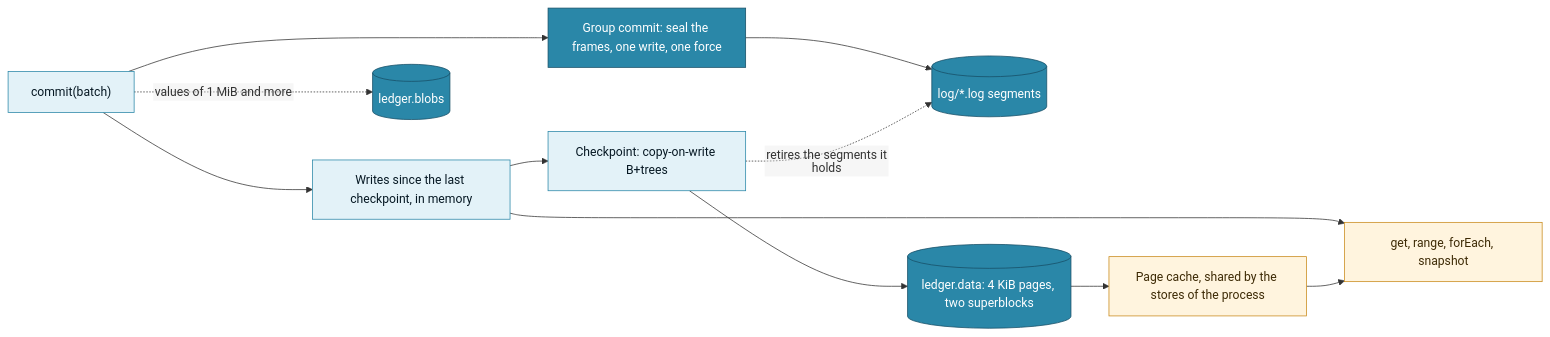
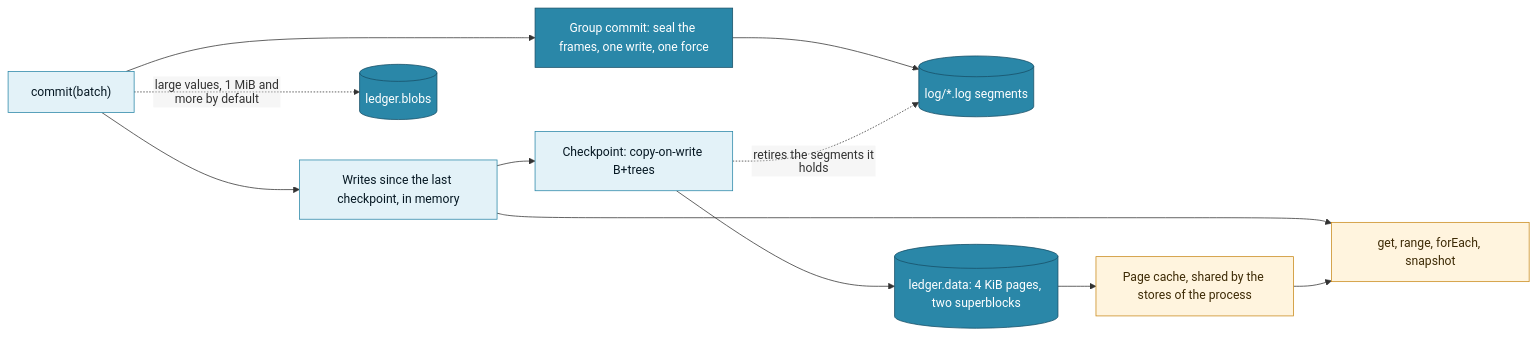
The diagram in README.md (Auties00/Ledger), drawn with Mermaid before and after one commit. The commit also changed other lines of this file and 37 other files, not shown here.

````diff
--- a/README.md
+++ b/README.md
@@ -410,21 +388,21 @@
 ```mermaid
 %%{init: {"flowchart": {"htmlLabels": false}}}%%
 flowchart LR
     commit["commit(batch)"] --> memory["Writes since the last checkpoint, in memory"]
     commit --> group["Group commit: seal the frames, one write, one force"]
-    commit -. "values of 1 MiB and more" .-> blobs[("ledger.blobs")]
+    commit -. "large values, 1 MiB and more by default" .-> blobs[("ledger.blobs")]
     group --> log[("log/*.log segments")]
     memory --> checkpoint["Checkpoint: copy-on-write B+trees"]
     checkpoint --> data[("ledger.data: 4 KiB pages, two superblocks")]
     checkpoint -. "retires the segments it holds" .-> log
     data --> cache["Page cache, shared by the stores of the process"]
     memory --> reads["get, range, forEach, snapshot"]
     cache --> reads
 
     classDef write fill:#E3F2F8,stroke:#2A87A8,color:#061823
     classDef durable fill:#2A87A8,stroke:#174F66,color:#FFFFFF
     classDef read fill:#FFF4DE,stroke:#C98A1B,color:#3D2A05
     class commit,memory,checkpoint write
     class group,log,data,blobs durable
     class cache,reads read
 ```
````
